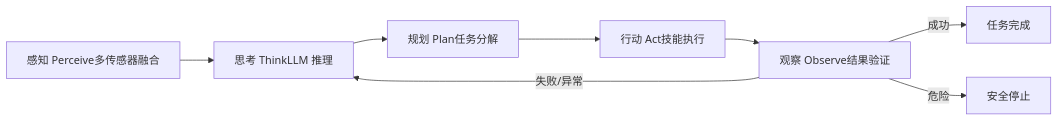
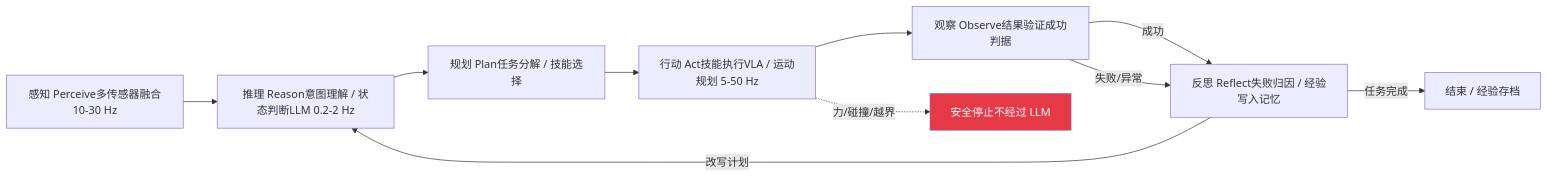
The first of 6 diagrams in robot/general/embodied-agent.md (ranpin/edge-ai-docs), drawn with Mermaid before and after one commit. The commit also changed other lines of this file and 4 other files, not shown here.

````diff
--- a/robot/general/embodied-agent.md
+++ b/robot/general/embodied-agent.md
@@ -29,10 +31,14 @@
 ```mermaid
 graph LR
-    P["感知 Perceive多传感器融合"] --> T["思考 ThinkLLM 推理"]
-    T --> PL["规划 Plan任务分解"]
-    PL --> A["行动 Act技能执行"]
-    A --> O["观察 Observe结果验证"]
-    O -->|"成功"| DONE["任务完成"]
-    O -->|"失败/异常"| T
-    O -->|"危险"| STOP["安全停止"]
+    P["感知 Perceive多传感器融合10-30 Hz"] --> T["推理 Reason意图理解 / 状态判断LLM 0.2-2 Hz"]
+    T --> PL["规划 Plan任务分解 / 技能选择"]
+    PL --> A["行动 Act技能执行VLA / 运动规划 5-50 Hz"]
+    A --> O["观察 Observe结果验证成功判据"]
+    O -->|"成功"| R["反思 Reflect失败归因 / 经验写入记忆"]
+    O -->|"失败/异常"| R
+    R -->|"改写计划"| T
+    R -->|"任务完成"| DONE["结束 / 经验存档"]
+    A -.->|"力/碰撞/越界"| STOP["安全停止不经过 LLM"]
+
+    style STOP fill:#e63946,color:#fff
 ```
````
